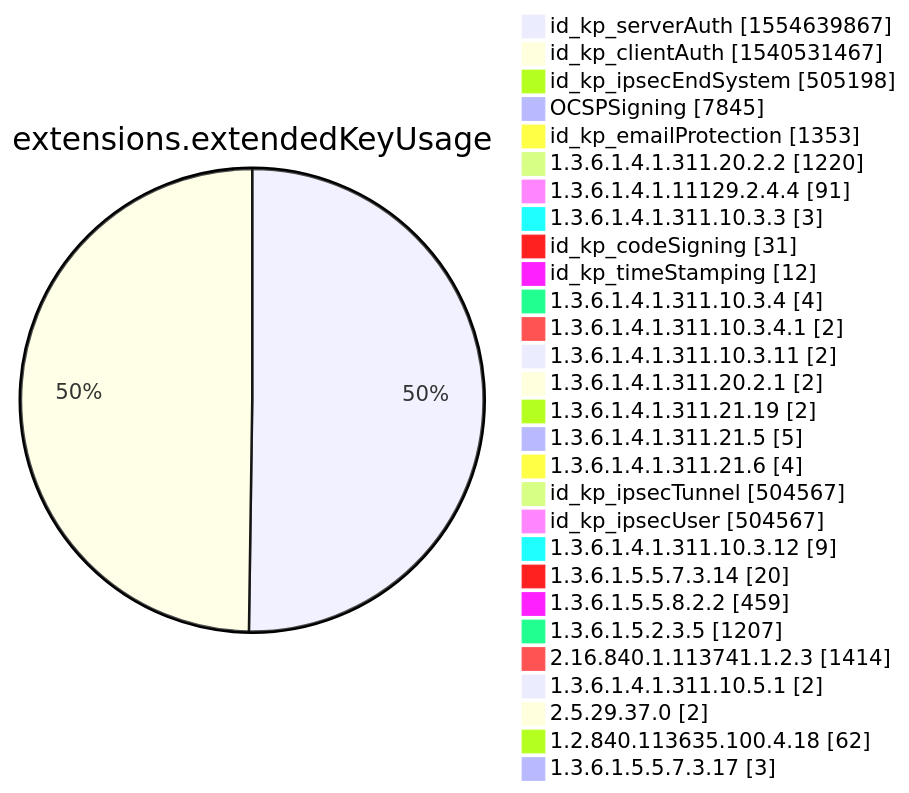
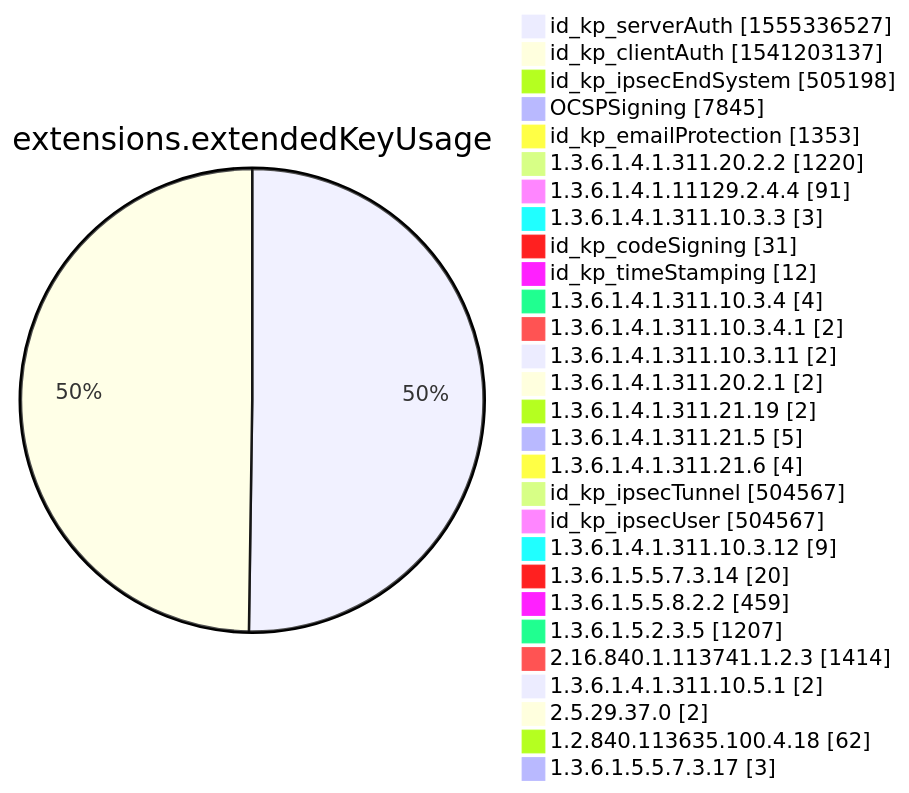
One commit to christiankrug/ctmonitor_visualization changed diagram 12 of 15 in xenon2022/README.md. Above: the diagram before and after it, drawn with Mermaid. The commit also changed other lines of this file, not shown here.

````diff
--- a/xenon2022/README.md
+++ b/xenon2022/README.md
@@ -3882,32 +3882,32 @@
 ```mermaid
 pie showData
 title extensions.extendedKeyUsage
-"id_kp_serverAuth" :1554639867
-"id_kp_clientAuth" :1540531467
+"id_kp_serverAuth" :1555336527
+"id_kp_clientAuth" :1541203137
 "id_kp_ipsecEndSystem" :505198
 "OCSPSigning" :7845
 "id_kp_emailProtection" :1353
 "1.3.6.1.4.1.311.20.2.2" :1220
 "1.3.6.1.4.1.11129.2.4.4" :91
 "1.3.6.1.4.1.311.10.3.3" :3
 "id_kp_codeSigning" :31
 "id_kp_timeStamping" :12
 "1.3.6.1.4.1.311.10.3.4" :4
 "1.3.6.1.4.1.311.10.3.4.1" :2
 "1.3.6.1.4.1.311.10.3.11" :2
 "1.3.6.1.4.1.311.20.2.1" :2
 "1.3.6.1.4.1.311.21.19" :2
 "1.3.6.1.4.1.311.21.5" :5
 "1.3.6.1.4.1.311.21.6" :4
 "id_kp_ipsecTunnel" :504567
 "id_kp_ipsecUser" :504567
 "1.3.6.1.4.1.311.10.3.12" :9
 "1.3.6.1.5.5.7.3.14" :20
 "1.3.6.1.5.5.8.2.2" :459
 "1.3.6.1.5.2.3.5" :1207
 "2.16.840.1.113741.1.2.3" :1414
 "1.3.6.1.4.1.311.10.5.1" :2
 "2.5.29.37.0" :2
 "1.2.840.113635.100.4.18" :62
 "1.3.6.1.5.5.7.3.17" :3
 ```
````
